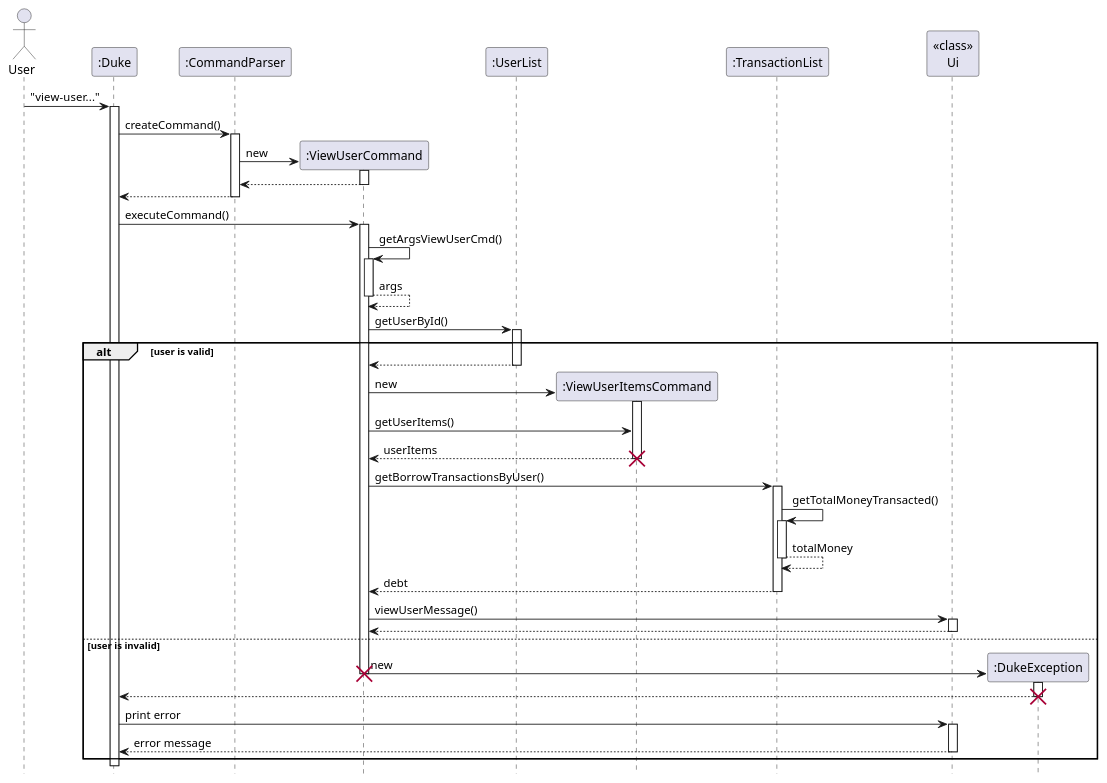
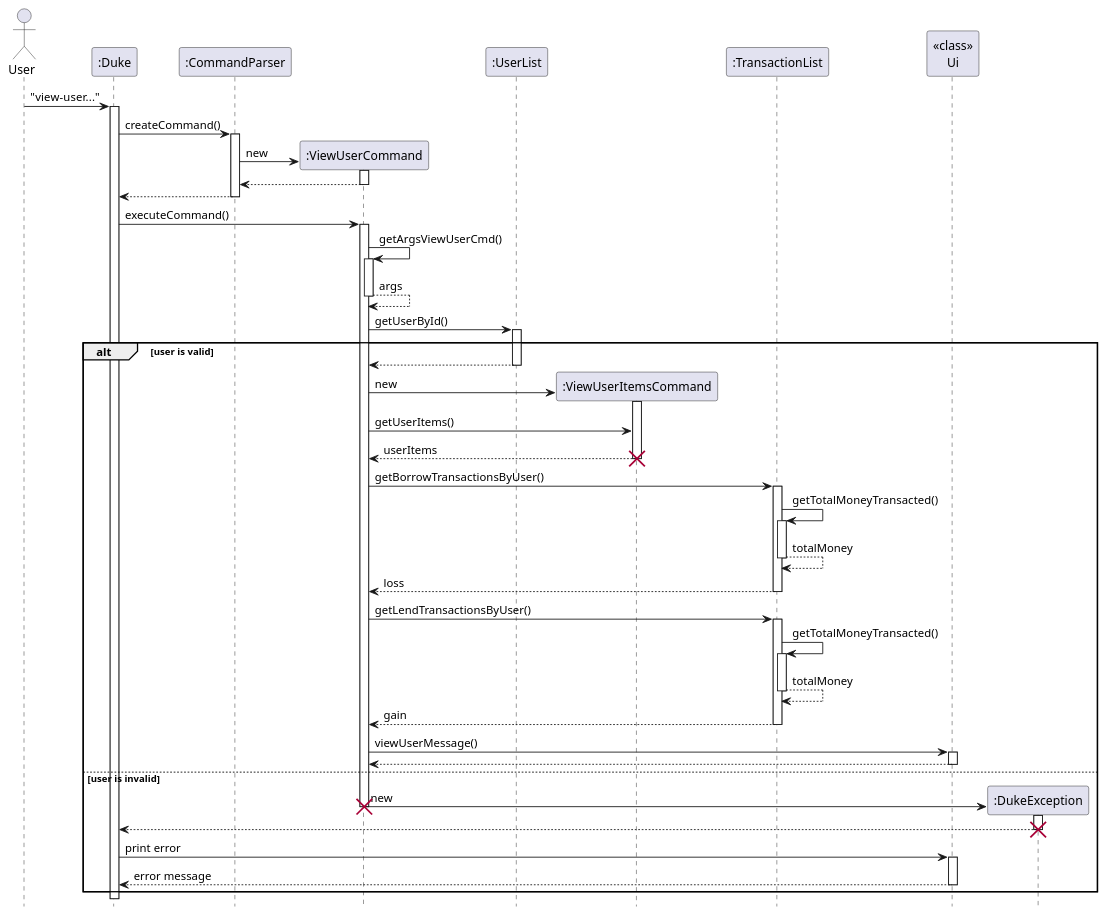
One commit to nus-cs2113-AY2223S1/tp changed the diagram in docs/diagrams/user/ViewUserSequence.puml. Above: the diagram before and after it, drawn with PlantUML. The commit also changed 2 other files, not shown here.

Commit message:
updated DG to include view user's loss in view user sequence diagram

```diff
--- a/docs/diagrams/user/ViewUserSequence.puml
+++ b/docs/diagrams/user/ViewUserSequence.puml
@@ -1,54 +1,60 @@
 @startuml
 hide footbox
 
 Actor User
 "User" -> ":Duke": "view-user..."
 activate ":Duke"
 ":Duke" -> ":CommandParser": createCommand()
 activate ":CommandParser"
 ":CommandParser" -> ":ViewUserCommand"**: new
 activate ":ViewUserCommand"
 return
 ":CommandParser" --> ":Duke"
 deactivate
 
 ":Duke" -> ":ViewUserCommand" : executeCommand()
 activate ":ViewUserCommand"
 ":ViewUserCommand" -> ":ViewUserCommand": getArgsViewUserCmd()
 activate ":ViewUserCommand"
 return args
     ":ViewUserCommand" -> ":UserList": getUserById()
     activate ":UserList"
 alt user is valid
     ":UserList" --> ":ViewUserCommand":
     deactivate ":UserList"
     ":ViewUserCommand" -> ":ViewUserItemsCommand"**:new
     activate ":ViewUserItemsCommand"
     ":ViewUserCommand" -> ":ViewUserItemsCommand":getUserItems()
     return userItems
     destroy ":ViewUserItemsCommand"
     ":ViewUserCommand" -> ":TransactionList": getBorrowTransactionsByUser()
     activate ":TransactionList"
     ":TransactionList" -> ":TransactionList": getTotalMoneyTransacted()
     activate ":TransactionList"
     return totalMoney
-    return debt
+    return loss
+    ":ViewUserCommand" -> ":TransactionList": getLendTransactionsByUser()
+    activate ":TransactionList"
+    ":TransactionList" -> ":TransactionList": getTotalMoneyTransacted()
+    activate ":TransactionList"
+    return totalMoney
+    return gain
     ":ViewUserCommand" -> "<<class>>\nUi": viewUserMessage()
     activate "<<class>>\nUi"
     return
     deactivate "<<class>>\nUi"
     deactivate ":UserList"
 else user is invalid
     ":ViewUserCommand" -> ":DukeException"** : new
     destroy ":ViewUserCommand"
     activate ":DukeException"
     ":DukeException" --> ":Duke"
     destroy ":DukeException"
     ":Duke" -> "<<class>>\nUi" : print error
     activate "<<class>>\nUi"
     "<<class>>\nUi" --> ":Duke" : error message
     deactivate "<<class>>\nUi"
 end
 deactivate ":ViewUserCommand"
 
 @enduml
```
